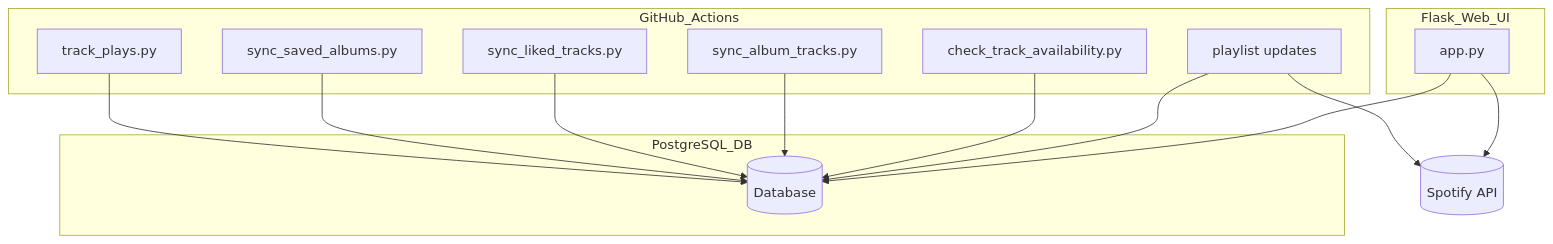
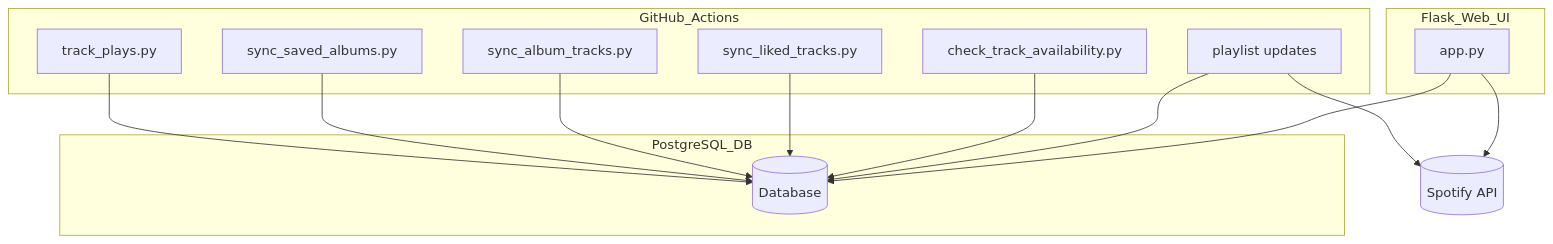
Before and after one commit to confidentjohn/spotify-smart-playlists: the diagram in README.md, drawn with Mermaid. The commit also changed other lines of this file, not shown here.

````diff
--- a/README.md
+++ b/README.md
@@ -172,30 +172,30 @@
 ```mermaid
 graph TD
     subgraph GitHub_Actions
         A["track_plays.py"]
         B["sync_saved_albums.py"]
-        C["sync_liked_tracks.py"]
         D["sync_album_tracks.py"]
+        E["sync_liked_tracks.py"]
         F["check_track_availability.py"]
         G["playlist updates"]
     end
 
     subgraph Flask_Web_UI
         H["app.py"]
     end
 
     subgraph PostgreSQL_DB
         DB[(Database)]
     end
 
     A --> DB
     B --> DB
-    C --> DB
     D --> DB
+    E --> DB
     F --> DB
     G --> DB
     G --> Spotify[(Spotify API)]
     H --> DB
     H --> Spotify
 
 ```
````
